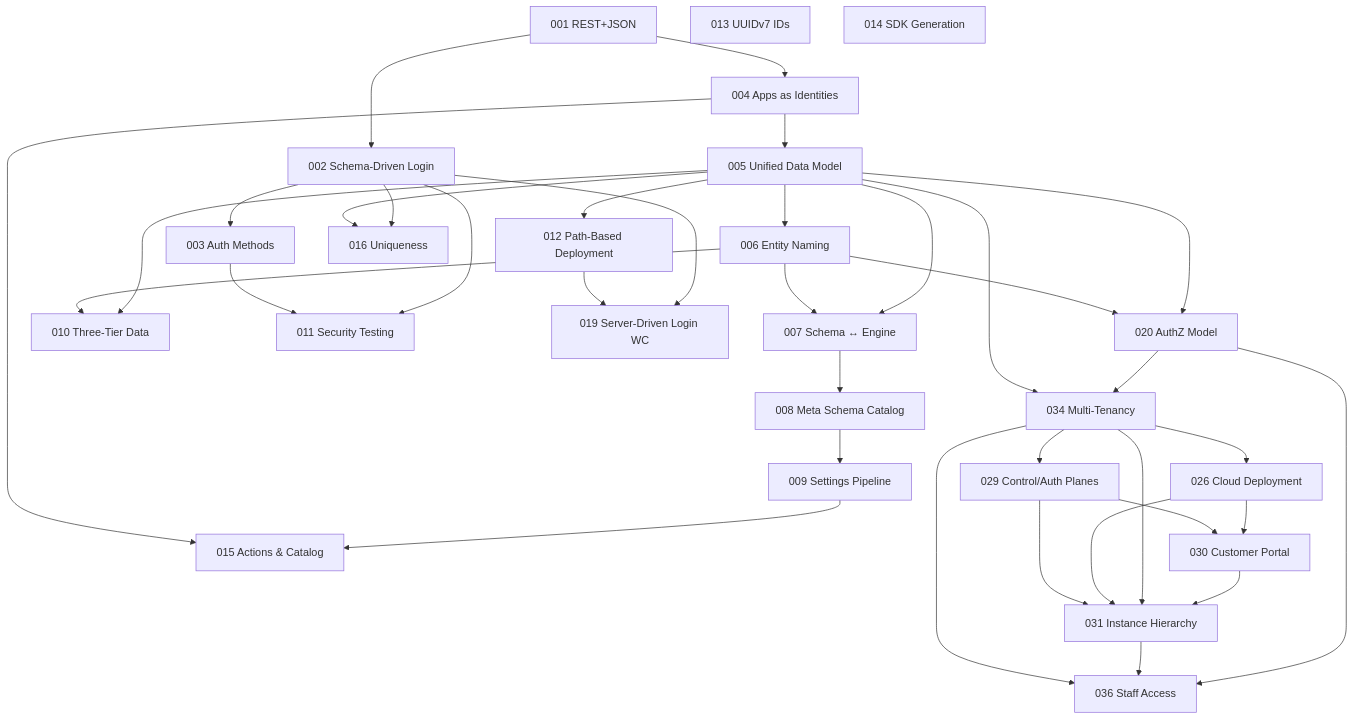
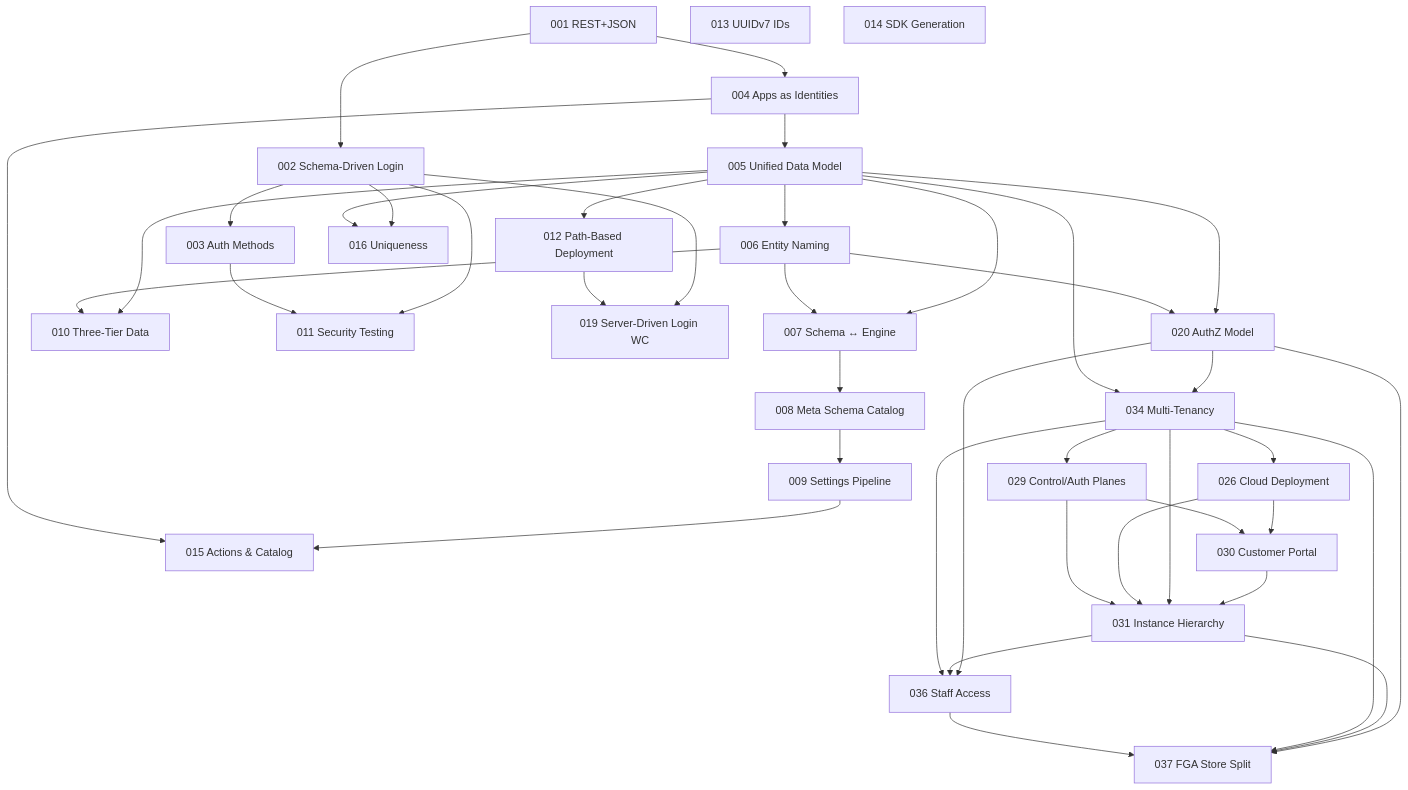
The diagram in docs/000-index.md (fforootd/hodor), drawn with Mermaid before and after one commit. The commit also changed other lines of this file and 96 other files, not shown here.

````diff
--- a/docs/000-index.md
+++ b/docs/000-index.md
@@ -122,40 +123,44 @@
 ```mermaid
 graph TD
     A001[001 REST+JSON] --> A002[002 Schema-Driven Login]
     A002 --> A003[003 Auth Methods]
     A001 --> A004[004 Apps as Identities]
     A004 --> A005[005 Unified Data Model]
     A005 --> A006[006 Entity Naming]
     A005 --> A007[007 Schema ↔ Engine]
     A006 --> A007
     A007 --> A008[008 Meta Schema Catalog]
     A008 --> A009[009 Settings Pipeline]
     A005 --> A010[010 Three-Tier Data]
     A006 --> A010
     A002 --> A011[011 Security Testing]
     A003 --> A011
     A005 --> A012[012 Path-Based Deployment]
     A013[013 UUIDv7 IDs]
     A014[014 SDK Generation]
     A009 --> A015[015 Actions & Catalog]
     A004 --> A015
     A002 --> A016[016 Uniqueness]
     A005 --> A016
     A002 --> A019[019 Server-Driven Login WC]
     A012 --> A019
     A005 --> A020[020 AuthZ Model]
     A006 --> A020
     A020 --> A034[034 Multi-Tenancy]
     A005 --> A034
     A034 --> A026[026 Cloud Deployment]
     A034 --> A029[029 Control/Auth Planes]
     A026 --> A030[030 Customer Portal]
     A029 --> A030
     A030 --> A031[031 Instance Hierarchy]
     A034 --> A031
     A026 --> A031
     A029 --> A031
     A020 --> A036[036 Staff Access]
     A031 --> A036
     A034 --> A036
+    A020 --> A037[037 FGA Store Split]
+    A031 --> A037
+    A034 --> A037
+    A036 --> A037
 ```
````
